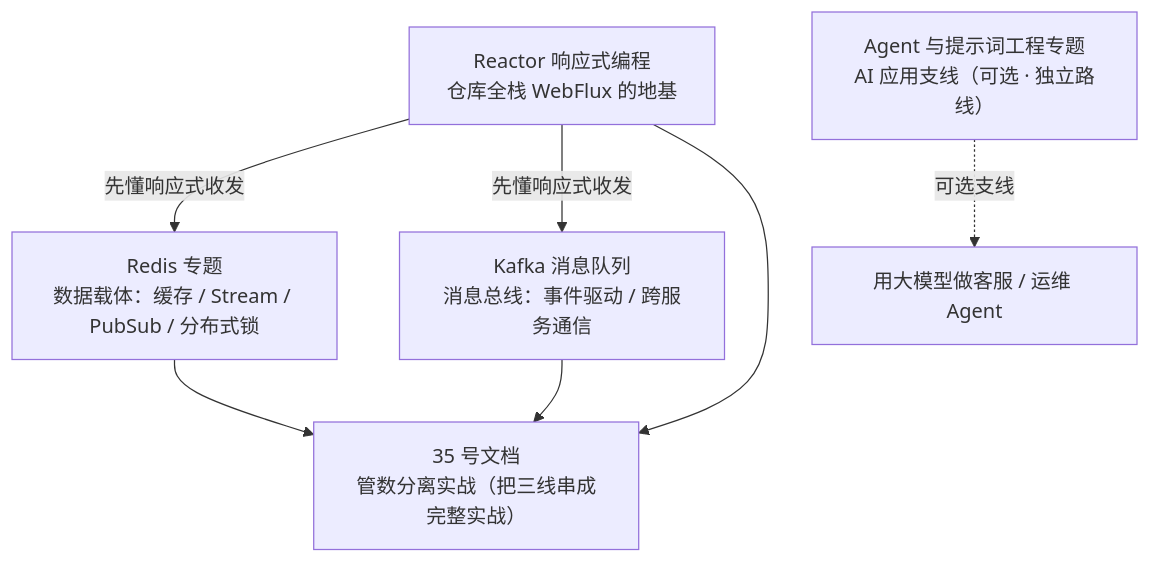
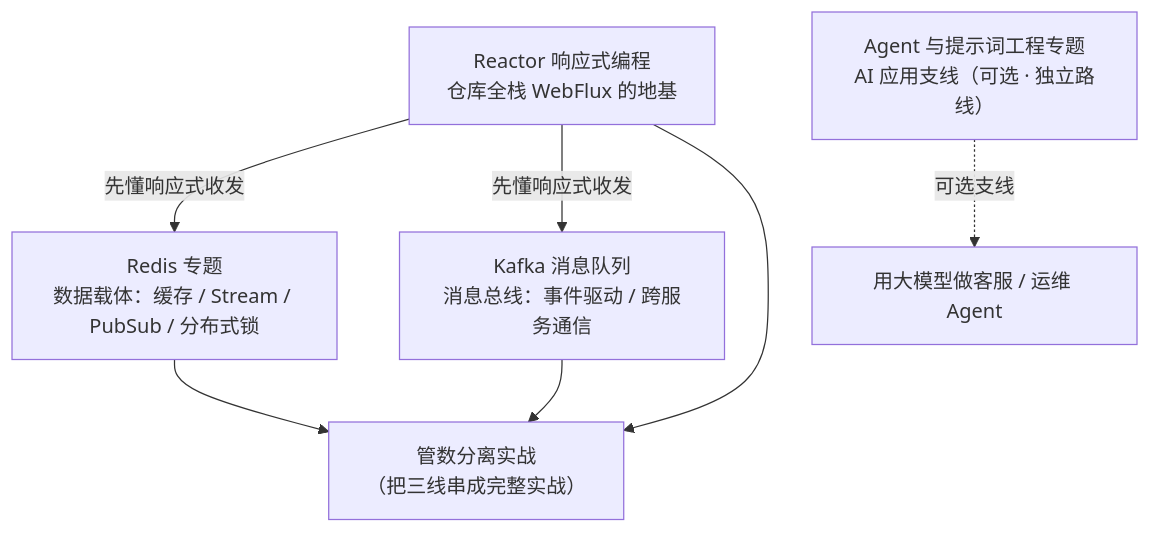
The first of 5 diagrams in docs/附录/00-学习路线总览.md (UranusGit/java-agent-learn), drawn with Mermaid before and after one commit. The commit also changed other lines of this file and 184 other files, not shown here.

````diff
--- a/docs/附录/00-学习路线总览.md
+++ b/docs/附录/00-学习路线总览.md
@@ -30,11 +30,11 @@
 ```mermaid
 flowchart TD
     R["Reactor 响应式编程<br/>仓库全栈 WebFlux 的地基"] -->|先懂响应式收发| Redis["Redis 专题<br/>数据载体：缓存 / Stream / PubSub / 分布式锁"]
     R -->|先懂响应式收发| Kafka["Kafka 消息队列<br/>消息总线：事件驱动 / 跨服务通信"]
-    R --> D["35 号文档<br/>管数分离实战（把三线串成完整实战）"]
+    R --> D["管数分离实战<br/>（把三线串成完整实战）"]
     Redis --> D
     Kafka --> D
     AI["Agent 与提示词工程专题<br/>AI 应用支线（可选 · 独立路线）"]
     OUT["用大模型做客服 / 运维 Agent"]
     AI -.可选支线.-> OUT
 ```
````
